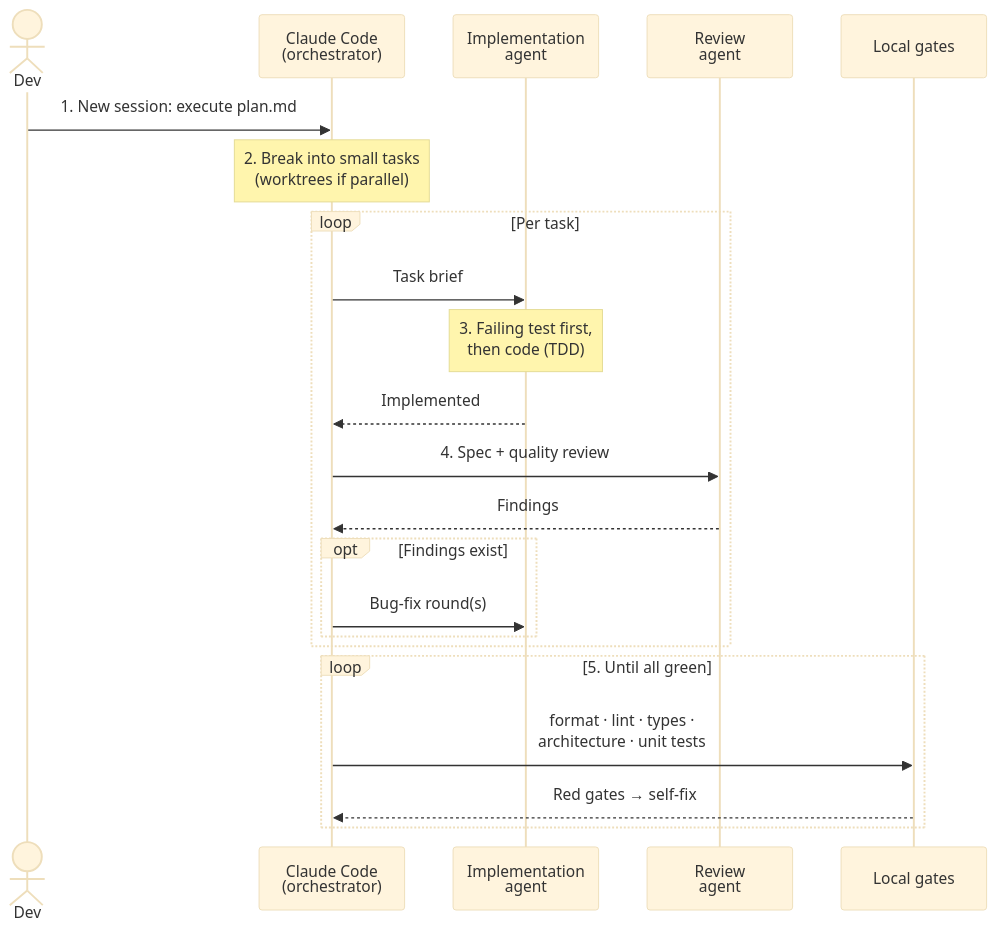
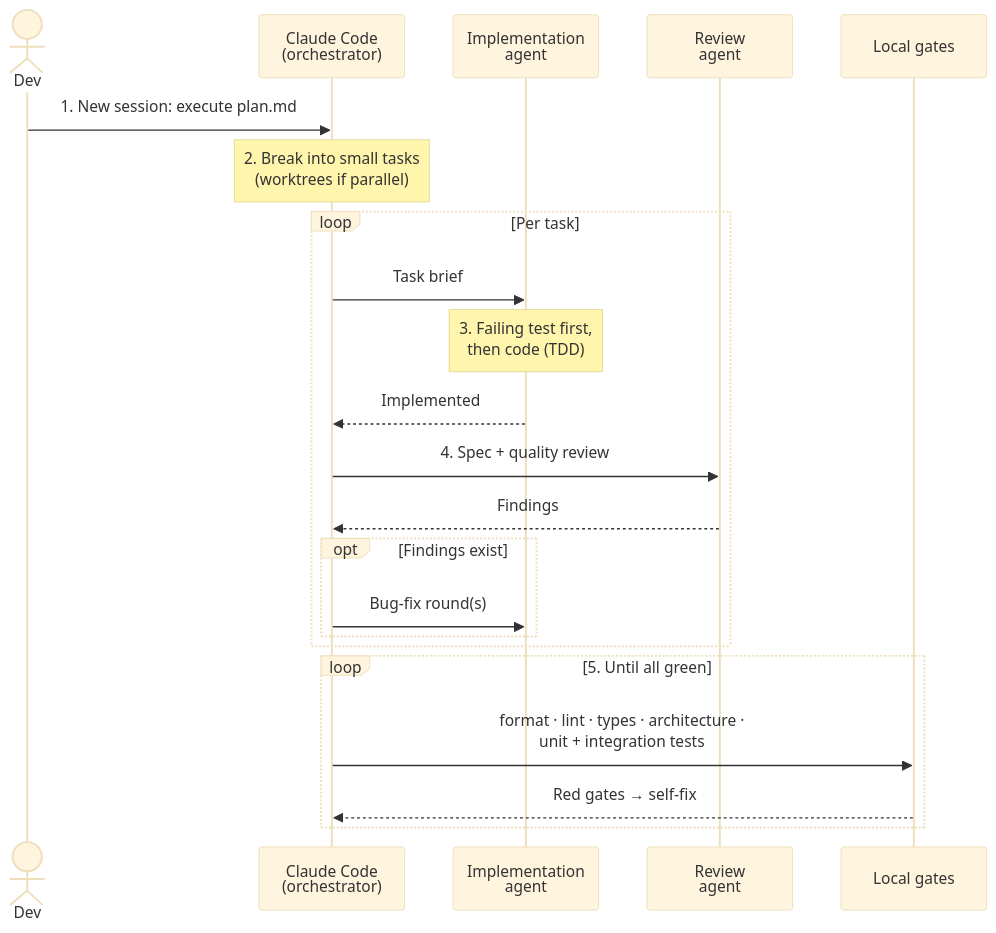
The fourth of 6 diagrams in docs/aidc-workflow-future-app.md (Seta-International/ai-sdlc-metrics), drawn with Mermaid (base theme) before and after one commit. The commit also changed other lines of this file, not shown here.

Commit message:
docs: expand local gates, bold TDD unit and integration tests

````diff
--- a/docs/aidc-workflow-future-app.md
+++ b/docs/aidc-workflow-future-app.md
@@ -165,25 +165,25 @@
 ```mermaid
 sequenceDiagram
     actor Dev
     participant Orch as Claude Code<br/>(orchestrator)
     participant Impl as Implementation<br/>agent
     participant Rev as Review<br/>agent
     participant Gate as Local gates
 
     Dev->>Orch: 1. New session: execute plan.md
     Note over Orch: 2. Break into small tasks<br/>(worktrees if parallel)
     loop Per task
         Orch->>Impl: Task brief
         Note over Impl: 3. Failing test first,<br/>then code (TDD)
         Impl-->>Orch: Implemented
         Orch->>Rev: 4. Spec + quality review
         Rev-->>Orch: Findings
         opt Findings exist
             Orch->>Impl: Bug-fix round(s)
         end
     end
     loop 5. Until all green
-        Orch->>Gate: format · lint · types ·<br/>architecture · unit tests
+        Orch->>Gate: format · lint · types · architecture ·<br/>unit + integration tests
         Gate-->>Orch: Red gates → self-fix
     end
 ```
````
